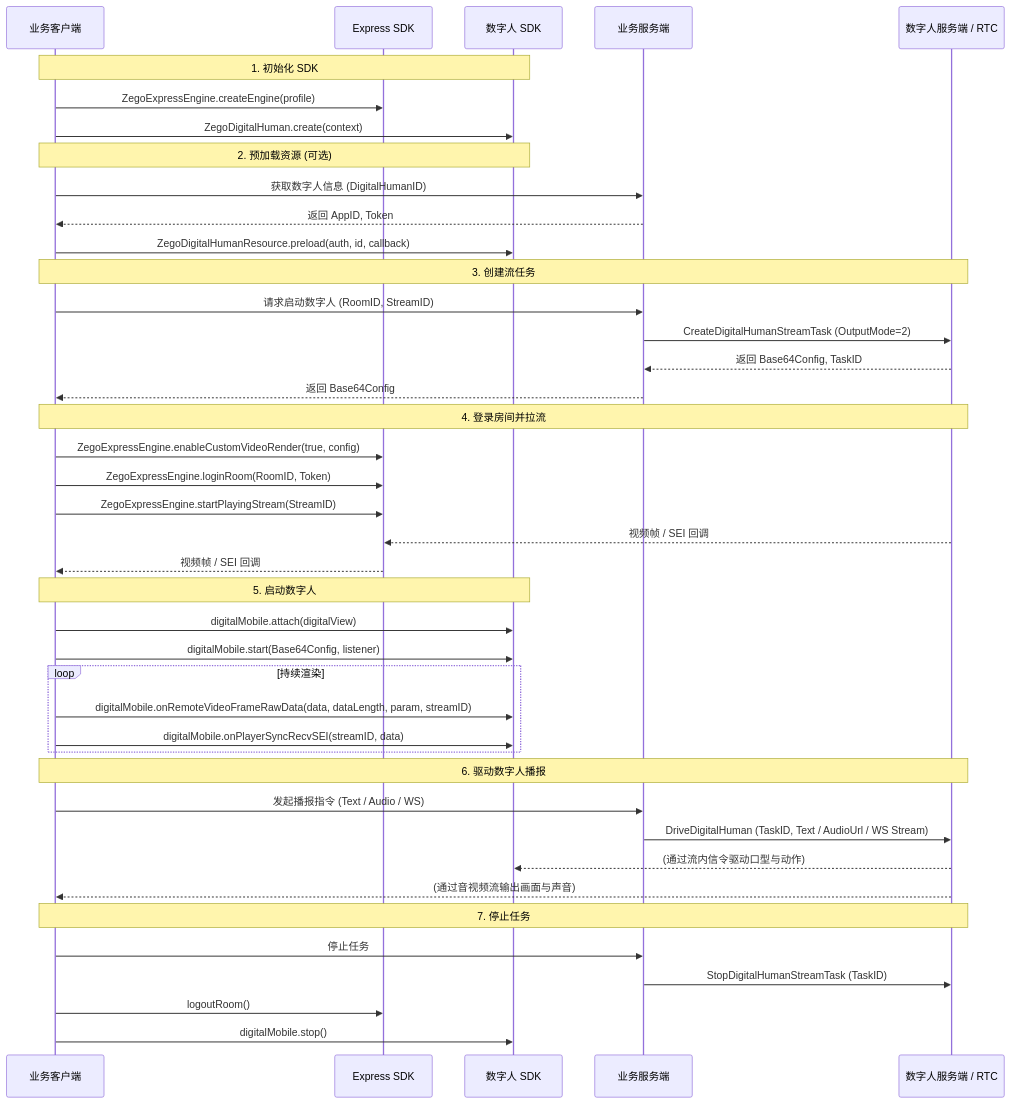
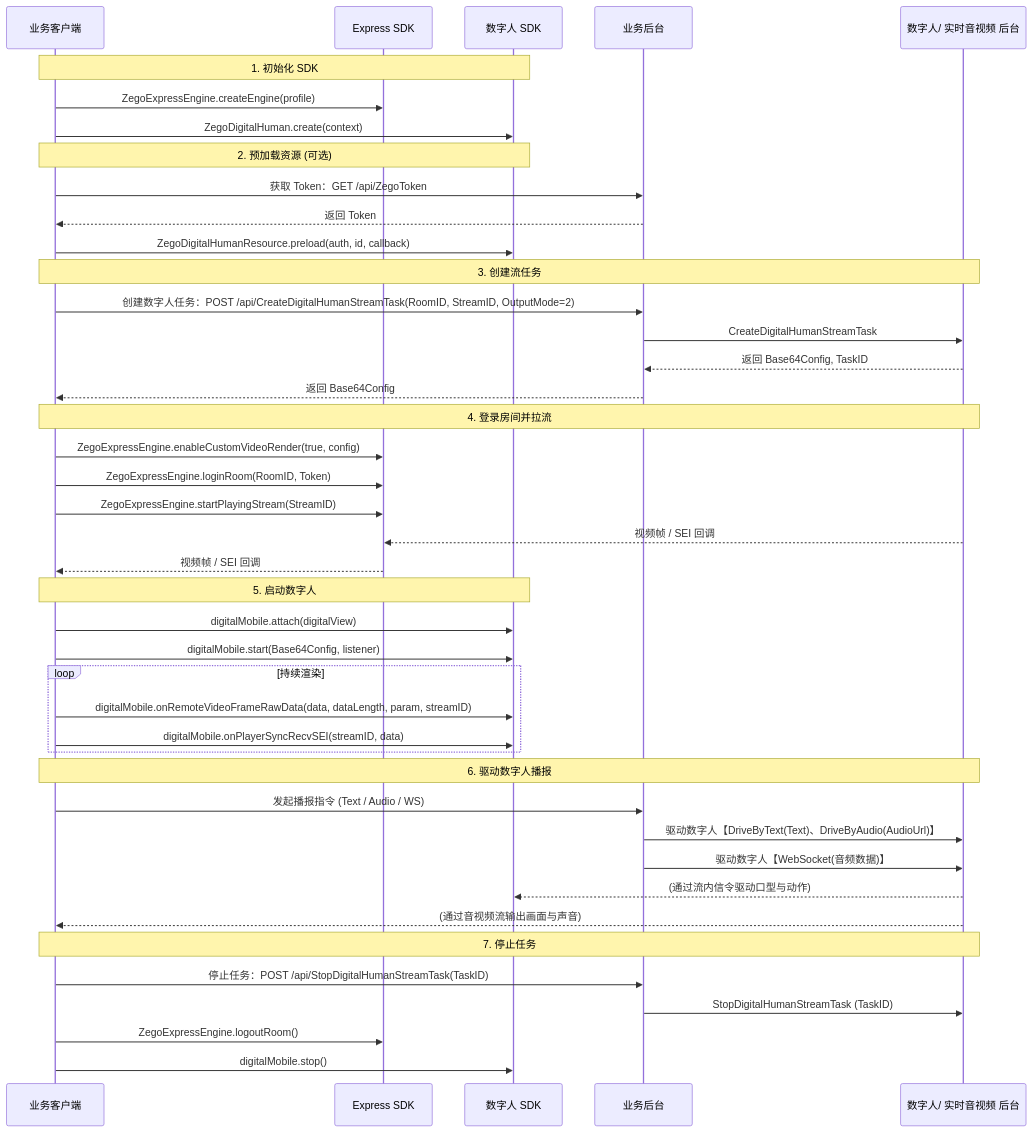
One commit to ZEGOCLOUD/docs_all changed the first of 3 diagrams in core_products/digital-human/zh/android/quick-start.mdx. Above: the diagram before and after it, drawn with Mermaid. The commit also changed other lines of this file and 8 other files, not shown here.

Commit message:
DigitalHuman: review quickstart

````diff
--- a/core_products/digital-human/zh/android/quick-start.mdx
+++ b/core_products/digital-human/zh/android/quick-start.mdx
@@ -85,50 +86,51 @@
 ```mermaid
 sequenceDiagram
     participant Client as 业务客户端
     participant Express as Express SDK
     participant DH_SDK as 数字人 SDK
-    participant Server as 业务服务端
-    participant PaaS as 数字人服务端 / RTC
+    participant Server as 业务后台
+    participant PaaS as 数字人/ 实时音视频 后台
 
     Note over Client, DH_SDK: 1. 初始化 SDK
     Client->>Express: ZegoExpressEngine.createEngine(profile)
     Client->>DH_SDK: ZegoDigitalHuman.create(context)
 
     Note over Client, DH_SDK: 2. 预加载资源 (可选)
-    Client->>Server: 获取数字人信息 (DigitalHumanID)
-    Server-->>Client: 返回 AppID, Token
+    Client->>Server: 获取 Token：GET /api/ZegoToken
+    Server-->>Client: 返回 Token
     Client->>DH_SDK: ZegoDigitalHumanResource.preload(auth, id, callback)
 
     Note over Client, PaaS: 3. 创建流任务
-    Client->>Server: 请求启动数字人 (RoomID, StreamID)
-    Server->>PaaS: CreateDigitalHumanStreamTask (OutputMode=2)
+    Client->>Server: 创建数字人任务：POST /api/CreateDigitalHumanStreamTask(RoomID, StreamID, OutputMode=2)
+    Server->>PaaS: CreateDigitalHumanStreamTask
     PaaS-->>Server: 返回 Base64Config, TaskID
     Server-->>Client: 返回 Base64Config
 
     Note over Client, PaaS: 4. 登录房间并拉流
     Client->>Express: ZegoExpressEngine.enableCustomVideoRender(true, config)
     Client->>Express: ZegoExpressEngine.loginRoom(RoomID, Token)
     Client->>Express: ZegoExpressEngine.startPlayingStream(StreamID)
     PaaS-->>Express: 视频帧 / SEI 回调
     Express-->>Client: 视频帧 / SEI 回调
 
     Note over Client, DH_SDK: 5. 启动数字人
     Client->>DH_SDK: digitalMobile.attach(digitalView)
     Client->>DH_SDK: digitalMobile.start(Base64Config, listener)
     loop 持续渲染
         Client->>DH_SDK: digitalMobile.onRemoteVideoFrameRawData(data, dataLength, param, streamID)
         Client->>DH_SDK: digitalMobile.onPlayerSyncRecvSEI(streamID, data)
     end
 
     Note over Client, PaaS: 6. 驱动数字人播报
     Client->>Server: 发起播报指令 (Text / Audio / WS)
-    Server->>PaaS: DriveDigitalHuman (TaskID, Text / AudioUrl / WS Stream)
+    Server->>PaaS: 驱动数字人【DriveByText(Text)、DriveByAudio(AudioUrl)】
+    Server->>PaaS: 驱动数字人【WebSocket(音频数据)】
     PaaS-->>DH_SDK: (通过流内信令驱动口型与动作)
     PaaS-->>Client: (通过音视频流输出画面与声音)
 
     Note over Client, PaaS: 7. 停止任务
-    Client->>Server: 停止任务
+    Client->>Server: 停止任务：POST /api/StopDigitalHumanStreamTask(TaskID)
     Server->>PaaS: StopDigitalHumanStreamTask (TaskID)
-    Client->>Express: logoutRoom()
+    Client->>Express: ZegoExpressEngine.logoutRoom()
     Client->>DH_SDK: digitalMobile.stop()
 ```
````
